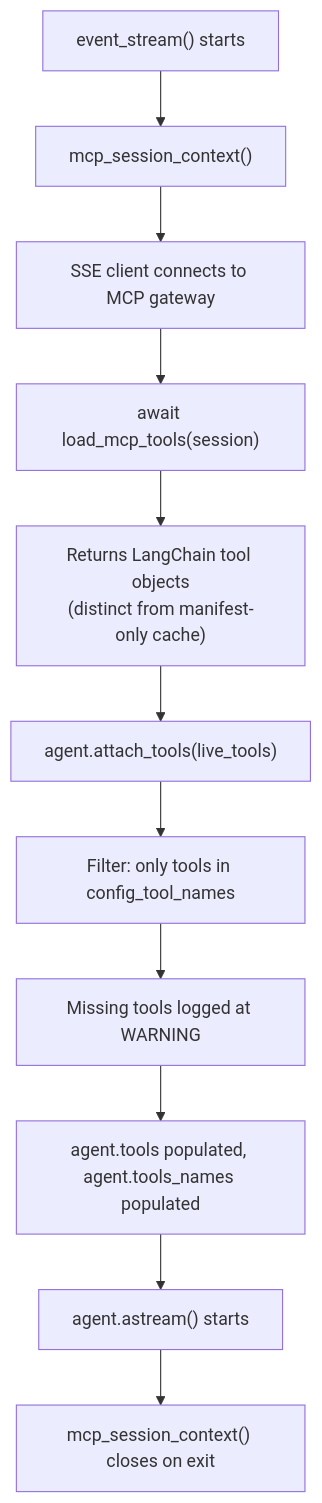
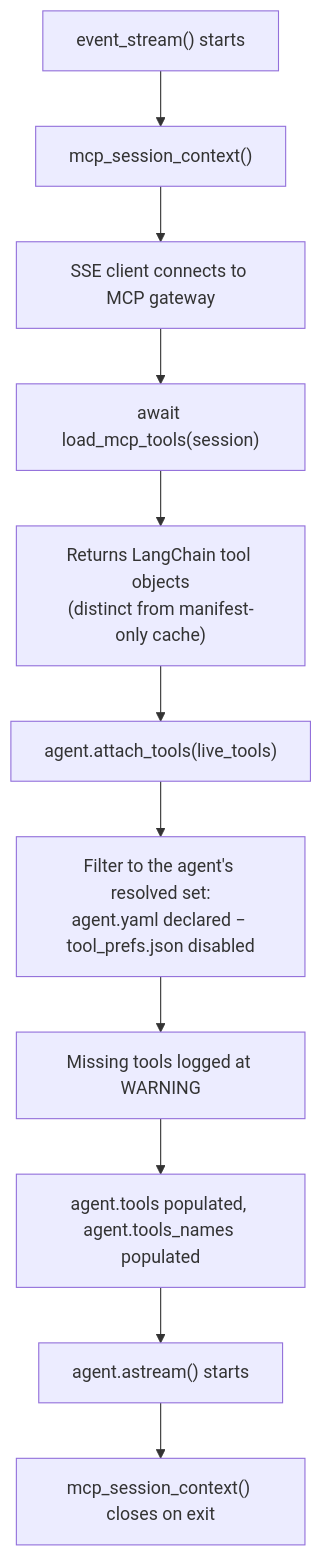
One commit to konstantinosmpouros/mAgenticX changed the third of 10 diagrams in docs/development/retrieval-and-tools.md. Above: the diagram before and after it, drawn with Mermaid. The commit also changed other lines of this file and 53 other files, not shown here.

Commit message:
feat(tools): per-agent tool model — retire global enabledTools, add MCP catalog picker

````diff
--- a/docs/development/retrieval-and-tools.md
+++ b/docs/development/retrieval-and-tools.md
@@ -112,13 +115,13 @@
 ```mermaid
 flowchart TD
     A["event_stream() starts"] --> B["mcp_session_context()"]
     B --> C["SSE client connects to MCP gateway"]
     C --> D["await load_mcp_tools(session)"]
     D --> E["Returns LangChain tool objects\n(distinct from manifest-only cache)"]
     E --> F["agent.attach_tools(live_tools)"]
-    F --> G["Filter: only tools in config_tool_names"]
+    F --> G["Filter to the agent's resolved set:\nagent.yaml declared − tool_prefs.json disabled"]
     G --> H["Missing tools logged at WARNING"]
     H --> I["agent.tools populated, agent.tools_names populated"]
     I --> J["agent.astream() starts"]
     J --> K["mcp_session_context() closes on exit"]
 ```
````
